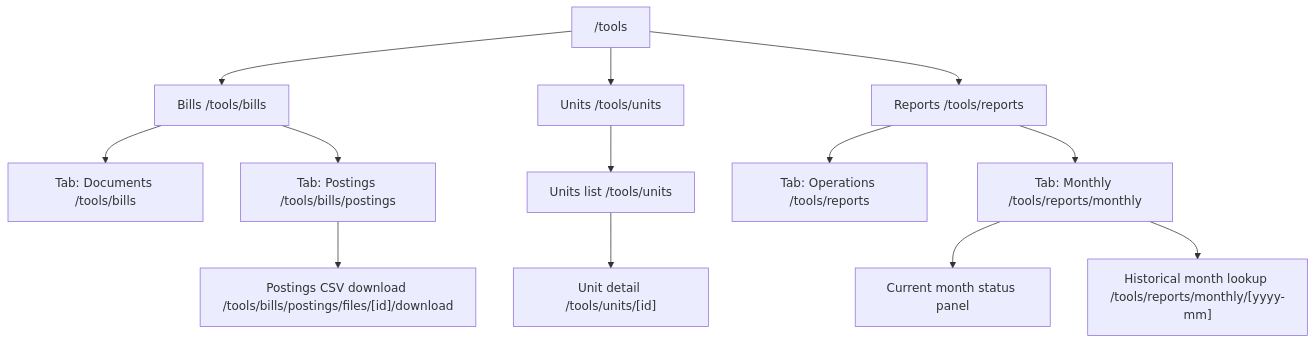
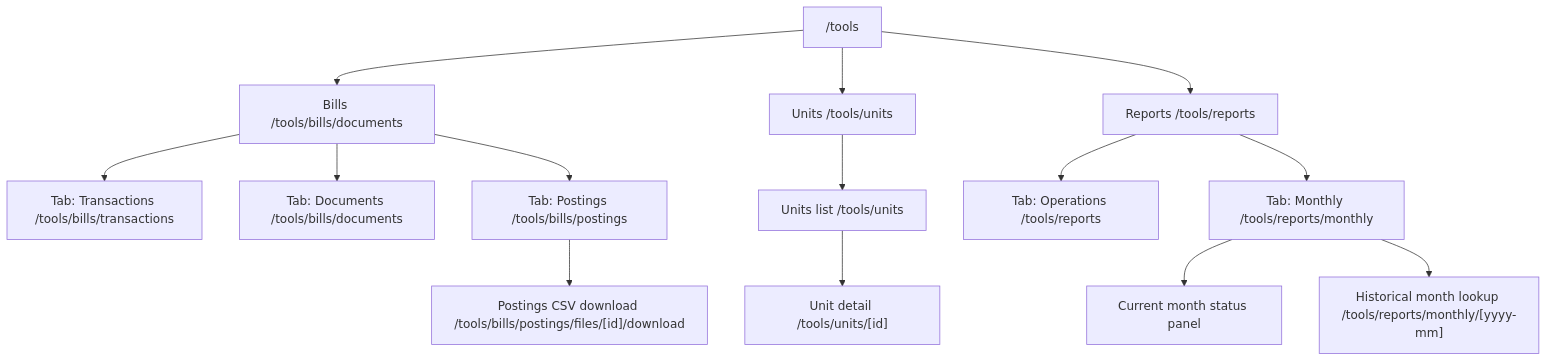
Before and after one commit to zethdubois/kickstaff: the diagram in docs/guides/tools-information-architecture.md, drawn with Mermaid. The commit also changed other lines of this file and 32 other files, not shown here.

````diff
--- a/docs/guides/tools-information-architecture.md
+++ b/docs/guides/tools-information-architecture.md
@@ -7,19 +7,20 @@
 ```mermaid
 flowchart TD
     Tools["/tools"]
-    Tools --> Bills["Bills /tools/bills"]
+    Tools --> Bills["Bills /tools/bills/documents"]
     Tools --> Units["Units /tools/units"]
     Tools --> Reports["Reports /tools/reports"]
 
-    Bills --> B1["Tab: Documents /tools/bills"]
+    Bills --> B0["Tab: Transactions /tools/bills/transactions"]
+    Bills --> B1["Tab: Documents /tools/bills/documents"]
     Bills --> B2["Tab: Postings /tools/bills/postings"]
     B2 --> B2a["Postings CSV download /tools/bills/postings/files/[id]/download"]
 
     Units --> U1["Units list /tools/units"]
     U1 --> U2["Unit detail /tools/units/[id]"]
 
     Reports --> R1["Tab: Operations /tools/reports"]
     Reports --> R2["Tab: Monthly /tools/reports/monthly"]
     R2 --> R2a["Current month status panel"]
     R2 --> R2b["Historical month lookup /tools/reports/monthly/[yyyy-mm]"]
 ```
````
